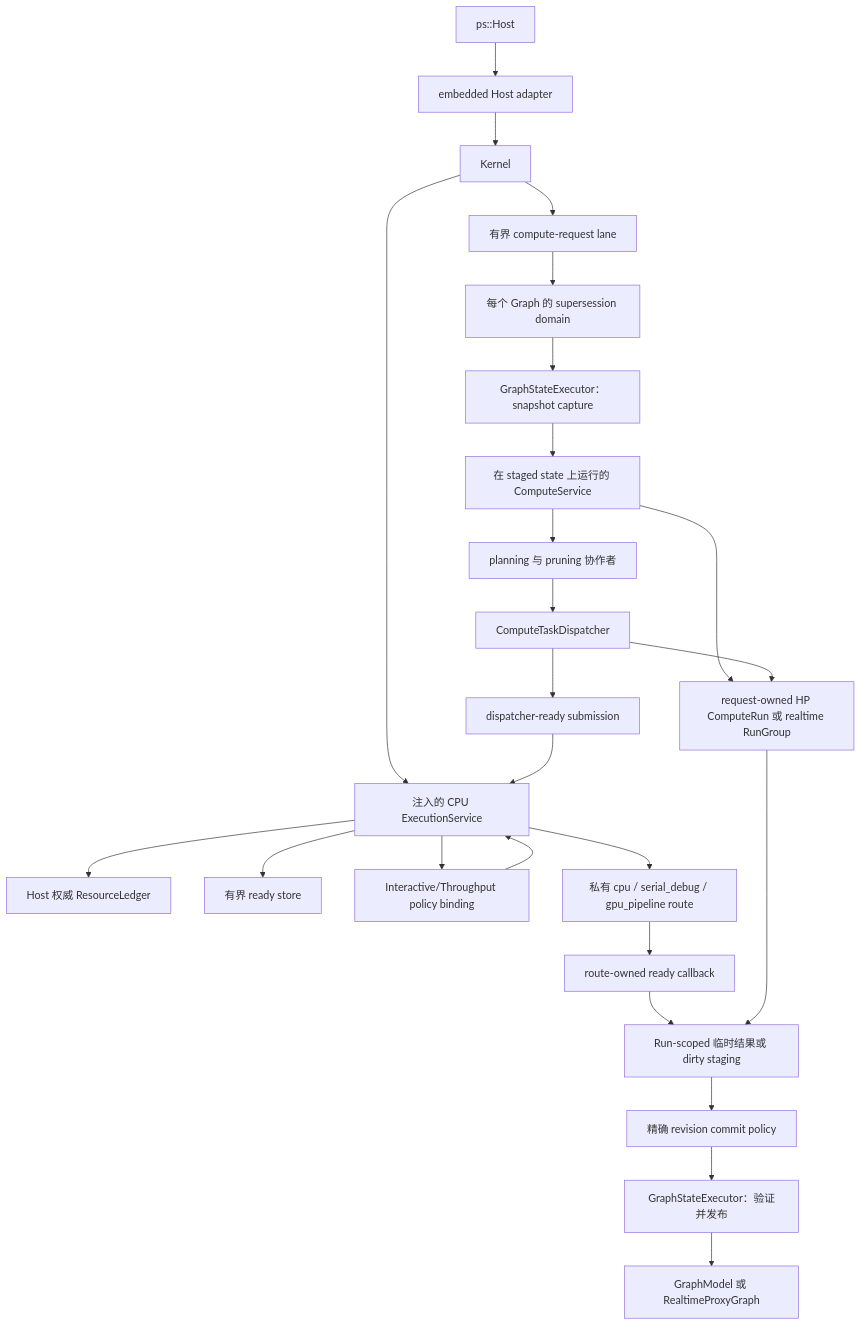
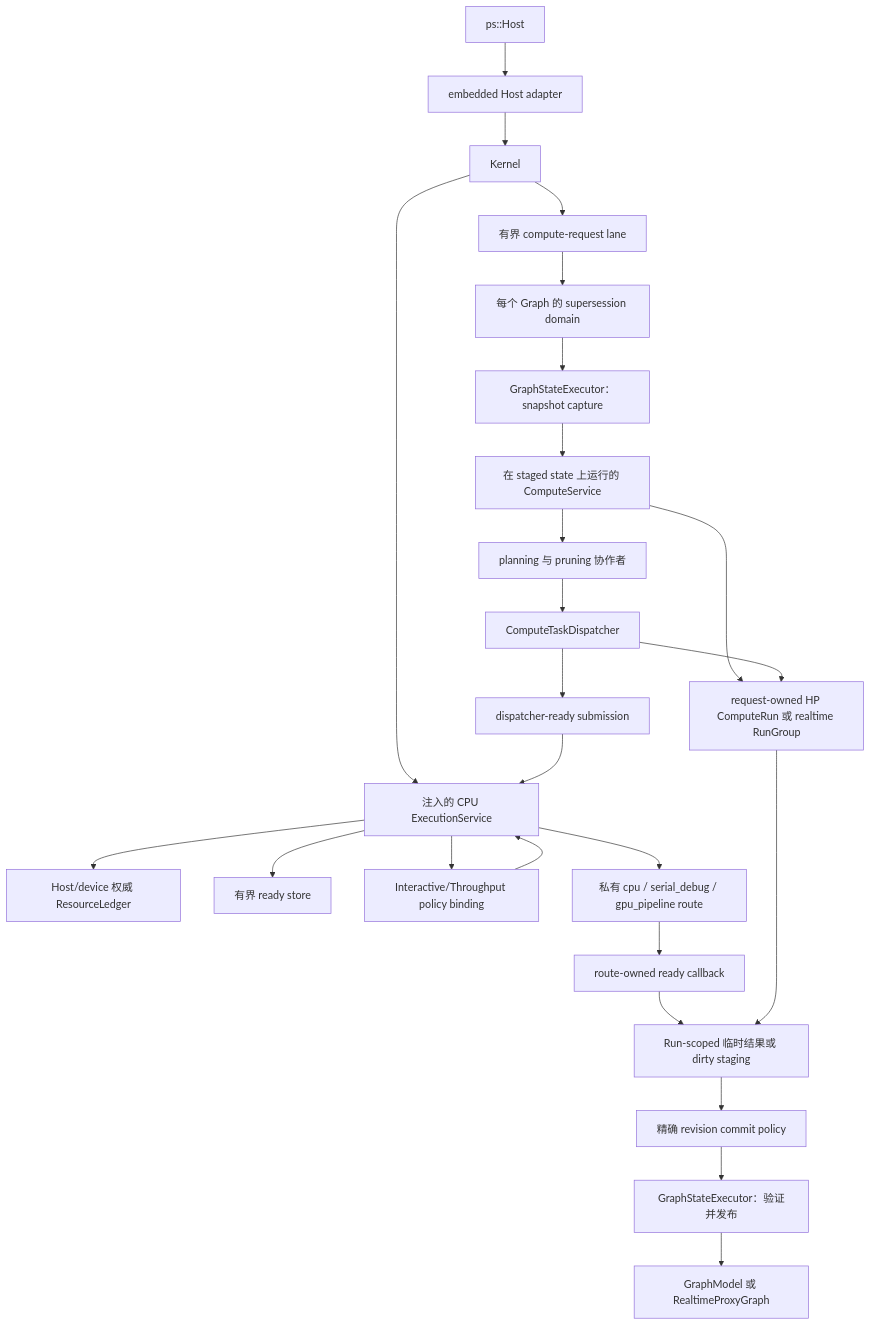
Before and after one commit to kevin-zf1123/photospider: the diagram in docs/kernel-architecture/zh/Compute-Boundaries.zh.md, drawn with Mermaid. The commit also changed other lines of this file and 21 other files, not shown here.

First line of the commit message:
[docs] document authoritative device resource accounting

````diff
--- a/docs/kernel-architecture/zh/Compute-Boundaries.zh.md
+++ b/docs/kernel-architecture/zh/Compute-Boundaries.zh.md
@@ -23,27 +23,27 @@
 ```mermaid
 flowchart TD
   HOST["ps::Host"] --> ADAPTER["embedded Host adapter"]
   ADAPTER --> KERNEL["Kernel"]
   KERNEL --> EXEC["注入的 CPU ExecutionService"]
-  EXEC --> LEDGER["Host 权威 ResourceLedger"]
+  EXEC --> LEDGER["Host/device 权威 ResourceLedger"]
   EXEC --> STORE["有界 ready store"]
   EXEC --> POLICY["Interactive/Throughput policy binding"]
   KERNEL --> REQUEST["有界 compute-request lane"]
   REQUEST --> DOMAIN["每个 Graph 的 supersession domain"]
   DOMAIN --> CAPTURE["GraphStateExecutor：snapshot capture"]
   CAPTURE --> SERVICE["在 staged state 上运行的 ComputeService"]
   SERVICE --> RUN["request-owned HP ComputeRun 或 realtime RunGroup"]
   SERVICE --> PLAN["planning 与 pruning 协作者"]
   PLAN --> DISPATCH["ComputeTaskDispatcher"]
   DISPATCH --> RUN
   DISPATCH --> READY["dispatcher-ready submission"]
   READY --> EXEC
   POLICY --> EXEC
   EXEC --> ROUTE["私有 cpu / serial_debug / gpu_pipeline route"]
   ROUTE --> CALLBACK["route-owned ready callback"]
   CALLBACK --> TEMP["Run-scoped 临时结果或 dirty staging"]
   RUN --> TEMP
   TEMP --> COMMIT["精确 revision commit policy"]
   COMMIT --> PUBLISH["GraphStateExecutor：验证并发布"]
   PUBLISH --> GRAPH["GraphModel 或 RealtimeProxyGraph"]
 ```
````
